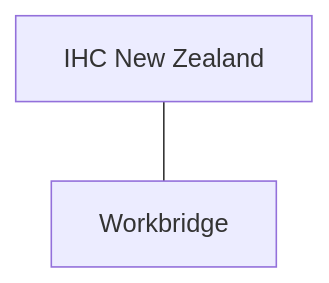
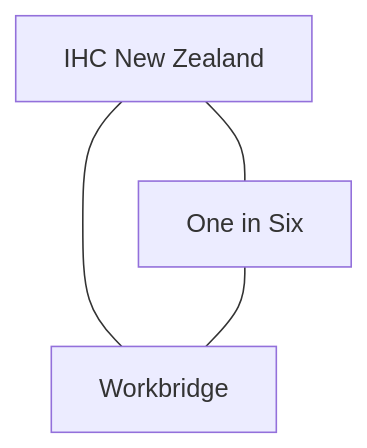
Before and after one commit to olitreadwell/nz-tech-for-good: diagram 22 of 24 in GUIDE.md, drawn with Mermaid. The commit also changed other lines of this file and 3 other files, not shown here.

````diff
--- a/GUIDE.md
+++ b/GUIDE.md
@@ -387,6 +412,9 @@
 ```mermaid
 flowchart TD
     n_IHCNewZealand["IHC New Zealand"]
+    n_OneinSix["One in Six"]
     n_Workbridge["Workbridge"]
+    n_IHCNewZealand --- n_OneinSix
     n_IHCNewZealand --- n_Workbridge
+    n_OneinSix --- n_Workbridge
 ```
````
